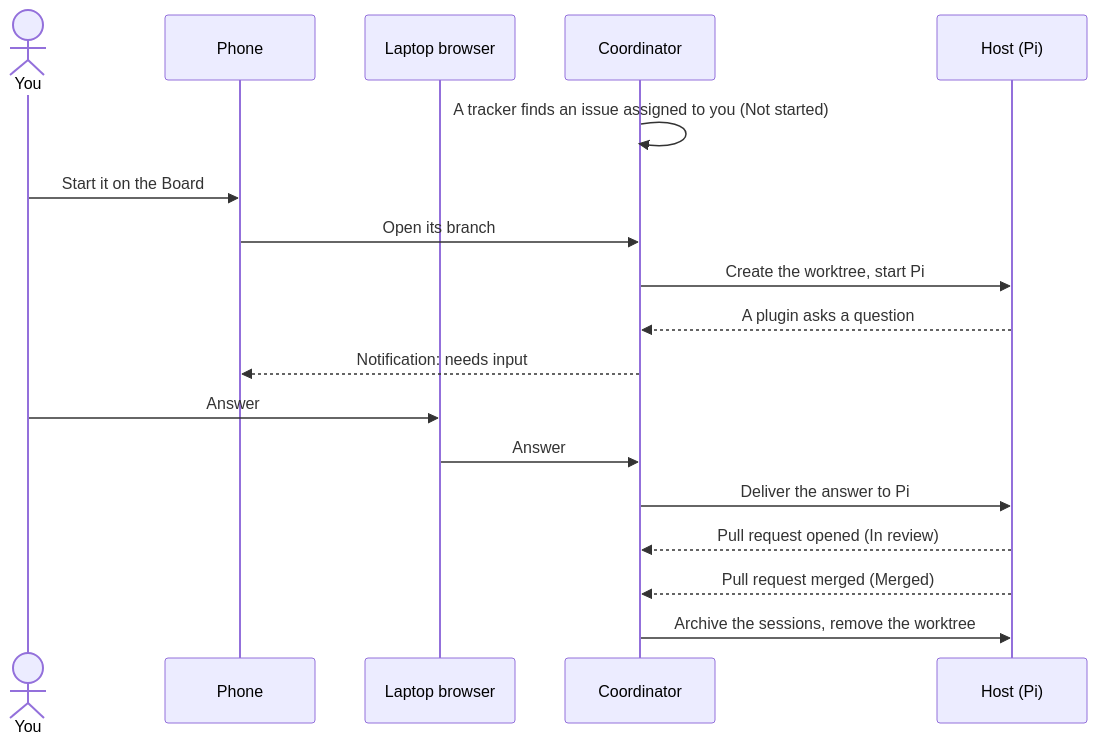
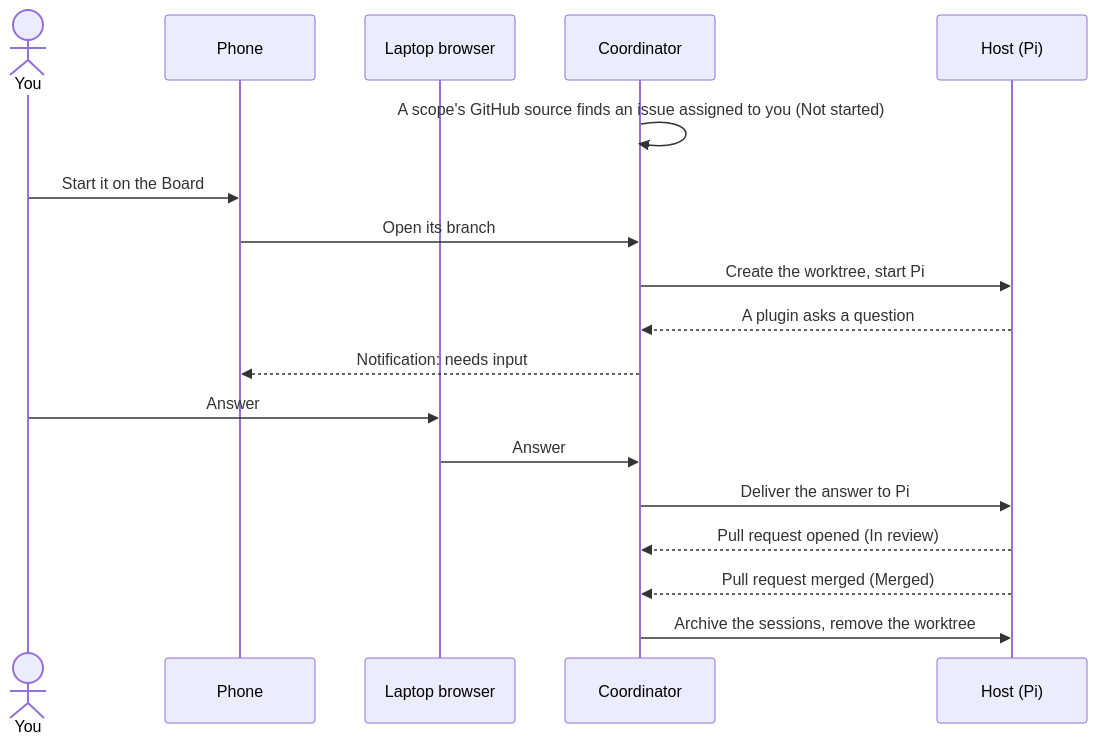
The second of 2 diagrams in README.md (justmytwospence/switchyard), drawn with Mermaid before and after one commit. The commit also changed other lines of this file and 196 other files, not shown here.

````diff
--- a/README.md
+++ b/README.md
@@ -50,21 +50,21 @@
 ```mermaid
 sequenceDiagram
   actor You
   participant Phone
   participant Laptop as Laptop browser
   participant Coord as Coordinator
   participant Host as Host (Pi)
 
-  Coord->>Coord: A tracker finds an issue assigned to you (Not started)
+  Coord->>Coord: A scope's GitHub source finds an issue assigned to you (Not started)
   You->>Phone: Start it on the Board
   Phone->>Coord: Open its branch
   Coord->>Host: Create the worktree, start Pi
   Host-->>Coord: A plugin asks a question
   Coord-->>Phone: Notification: needs input
   You->>Laptop: Answer
   Laptop->>Coord: Answer
   Coord->>Host: Deliver the answer to Pi
   Host-->>Coord: Pull request opened (In review)
   Host-->>Coord: Pull request merged (Merged)
   Coord->>Host: Archive the sessions, remove the worktree
 ```
````
